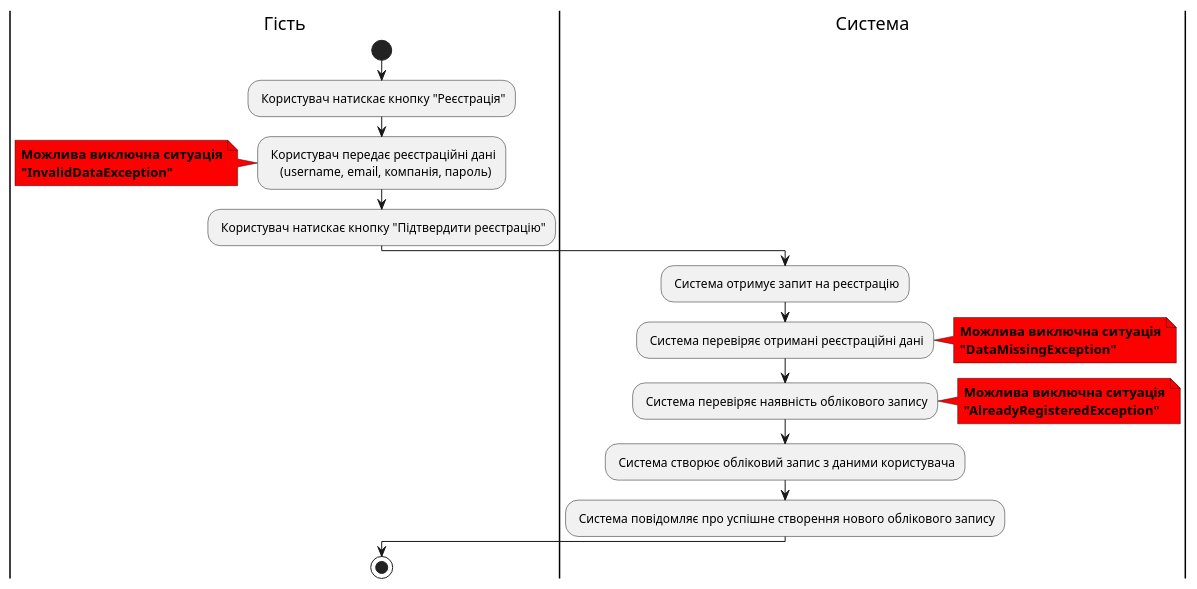
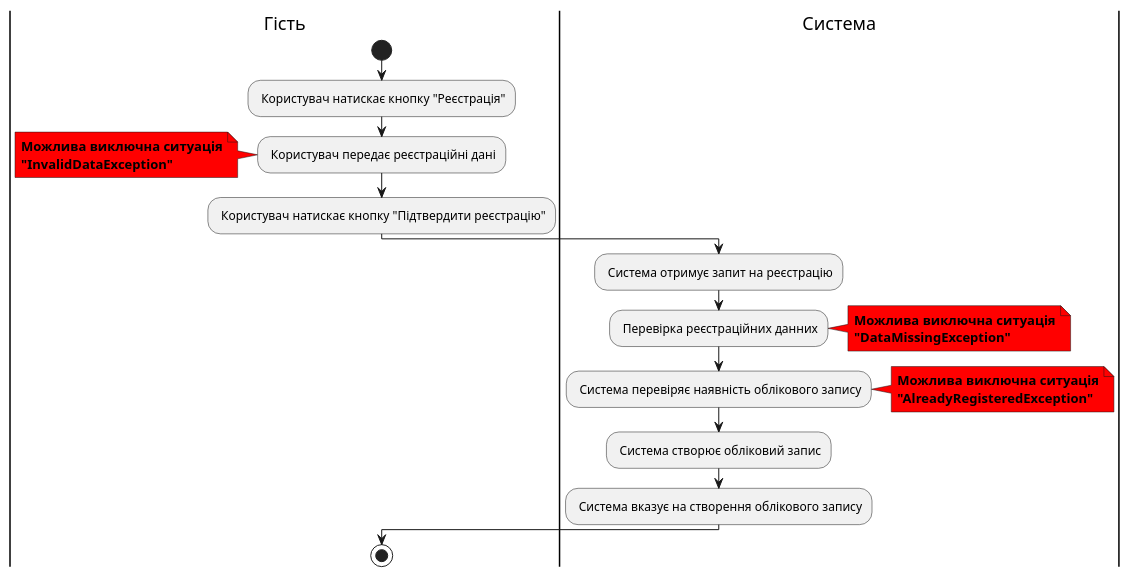
One commit to zhkcll/lab6 changed the fifth of 6 diagrams in docs/use_cases.md. Above: the diagram before and after it, drawn with PlantUML. The commit also changed other lines of this file, not shown here.

```diff
--- a/docs/use_cases.md
+++ b/docs/use_cases.md
@@ -142,34 +142,33 @@
 @startuml
 
 |Гість|
 start
 : Користувач натискає кнопку "Реєстрація";
-: Користувач передає реєстраційні дані
-    (username, email, компанія, пароль);
+: Користувач передає реєстраційні дані;
 
 note left #red
 <b>Можлива виключна ситуація</b>
 <b>"InvalidDataException"</b>
 end note
 
 : Користувач натискає кнопку "Підтвердити реєстрацію";
 
 |Система|
 : Система отримує запит на реєстрацію;
-: Система перевіряє отримані реєстраційні дані;
+: Перевірка реєстраційних данних;
 note right #ff0000
 <b>Можлива виключна ситуація</b>
 <b>"DataMissingException"</b>
 end note
 : Система перевіряє наявність облікового запису;
 note right #ff0000
 <b>Можлива виключна ситуація</b>
 <b>"AlreadyRegisteredException"</b>
 end note
-: Система створює обліковий запис з даними користувача;
-: Система повідомляє про успішне створення нового облікового запису;
+: Система створює обліковий запис;
+: Система вказує на створення облікового запису;
 
 |Гість|
 stop
 
 @enduml
```
